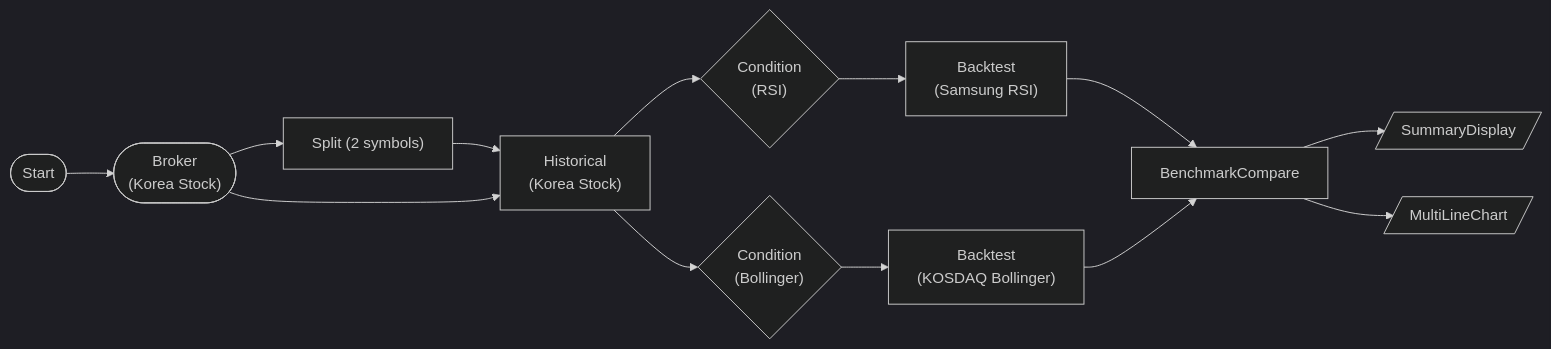
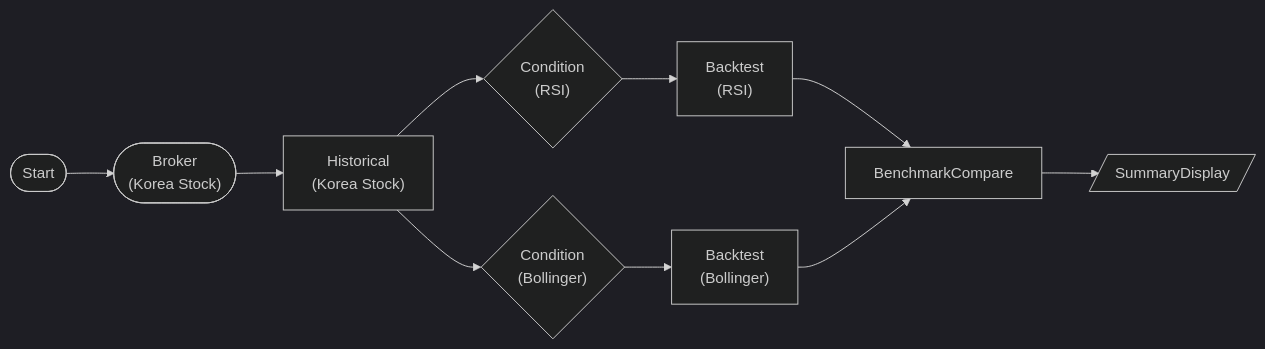
One commit to programgarden/programgarden changed the diagram in src/programgarden/examples/workflows/96-korea-stock-backtest-rsi-bollinger.md. Above: the diagram before and after it, drawn with Mermaid (dark theme). The commit also changed other lines of this file and 6 other files, not shown here.

````diff
--- a/src/programgarden/examples/workflows/96-korea-stock-backtest-rsi-bollinger.md
+++ b/src/programgarden/examples/workflows/96-korea-stock-backtest-rsi-bollinger.md
@@ -7,26 +7,22 @@
 ```mermaid
 graph LR
     start(["Start"])
     broker(["Broker
 (Korea Stock)"])
-    split["Split (2 symbols)"]
     historical["Historical
 (Korea Stock)"]
     rsi_cond{"Condition
 (RSI)"}
     boll_cond{"Condition
 (Bollinger)"}
     bt_rsi["Backtest
-(Samsung RSI)"]
+(RSI)"]
     bt_boll["Backtest
-(KOSDAQ Bollinger)"]
+(Bollinger)"]
     benchmark["BenchmarkCompare"]
     summary[/"SummaryDisplay"/]
-    equity_chart[/"MultiLineChart"/]
-    start --> broker --> split --> historical
-    broker --> historical
+    start --> broker --> historical
     historical --> rsi_cond --> bt_rsi --> benchmark
     historical --> boll_cond --> bt_boll --> benchmark
     benchmark --> summary
-    benchmark --> equity_chart
 ```
````
